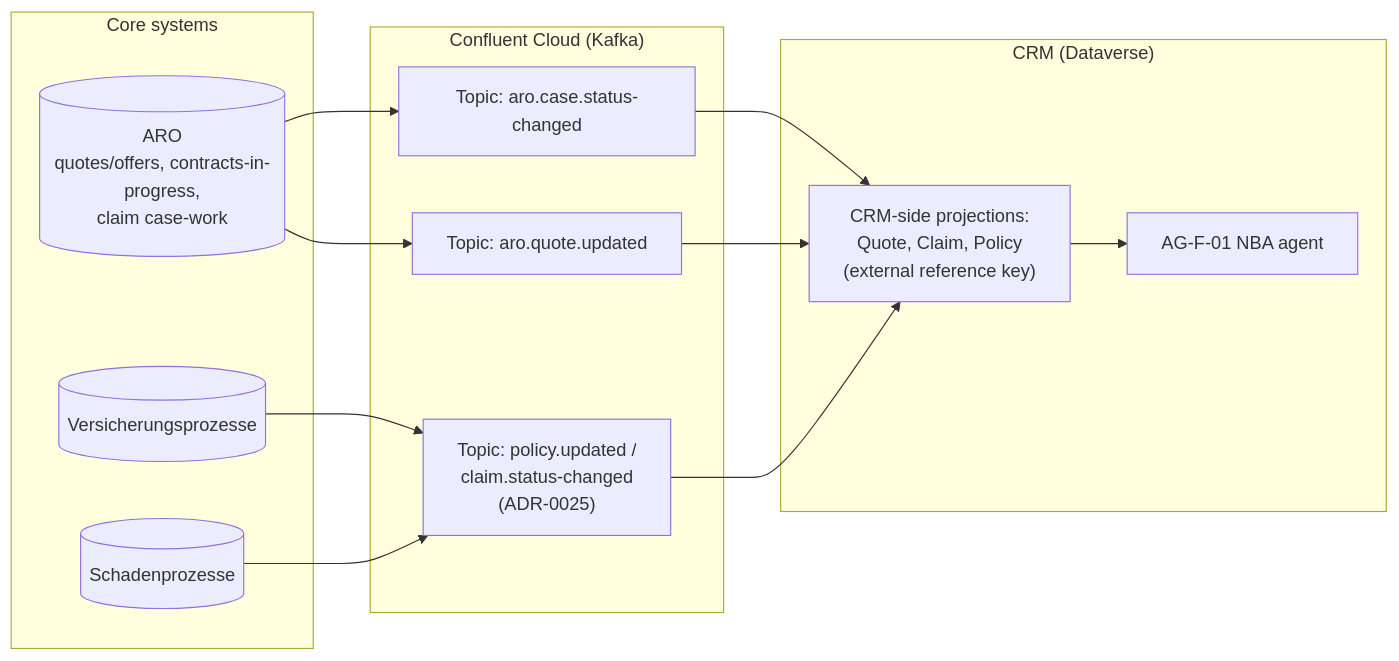
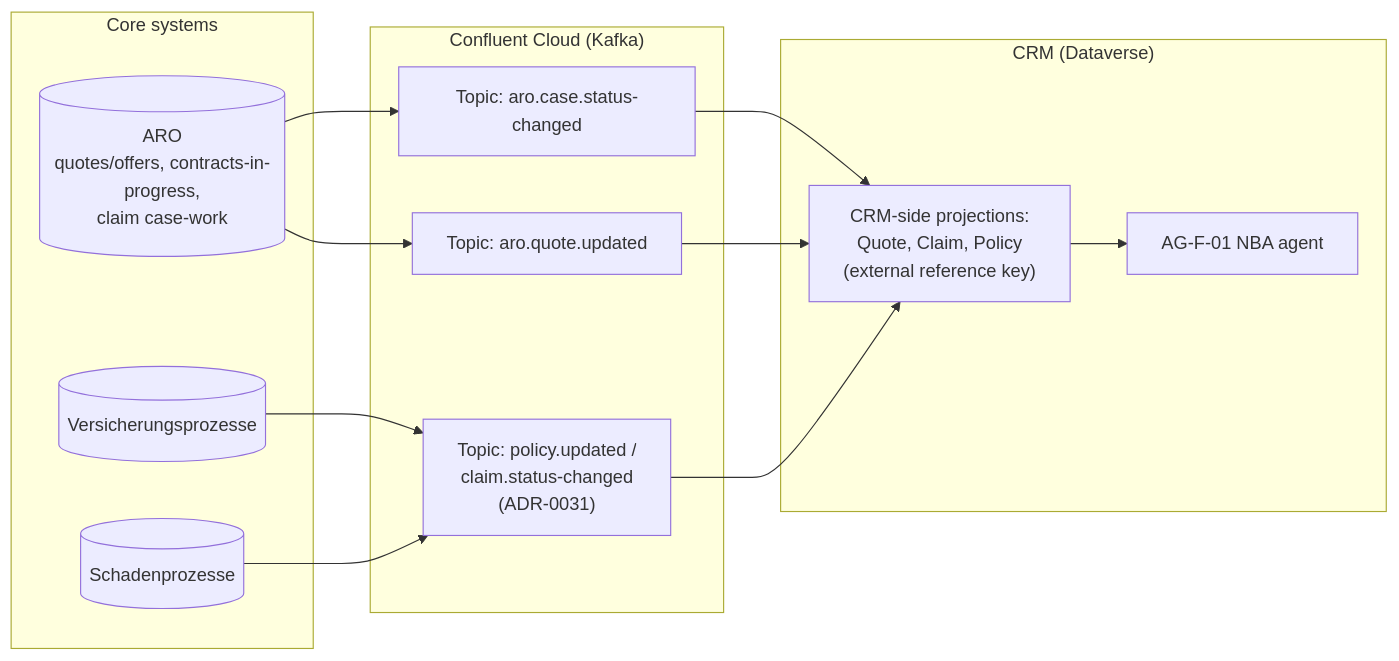
One commit to urruegg/CRMShowcase changed the first of 11 diagrams in docs/adr/ADR-0034-aro-case-task-management-integration-pattern.md. Above: the diagram before and after it, drawn with Mermaid. The commit also changed other lines of this file and 9 other files, not shown here.

````diff
--- a/docs/adr/ADR-0034-aro-case-task-management-integration-pattern.md
+++ b/docs/adr/ADR-0034-aro-case-task-management-integration-pattern.md
@@ -95,24 +95,24 @@
 ```mermaid
 flowchart LR
     subgraph CoreSystems["Core systems"]
         ARO[("ARO\nquotes/offers, contracts-in-progress,\nclaim case-work")]
         VP[("Versicherungsprozesse")]
         SP[("Schadenprozesse")]
     end
     subgraph Kafka["Confluent Cloud (Kafka)"]
         T1["Topic: aro.case.status-changed"]
         T2["Topic: aro.quote.updated"]
-        T3["Topic: policy.updated /\nclaim.status-changed\n(ADR-0025)"]
+        T3["Topic: policy.updated /\nclaim.status-changed\n(ADR-0031)"]
     end
     subgraph CRM["CRM (Dataverse)"]
         PROJ["CRM-side projections:\nQuote, Claim, Policy\n(external reference key)"]
         NBA["AG-F-01 NBA agent"]
     end
 
     ARO --> T1 --> PROJ
     ARO --> T2 --> PROJ
     VP --> T3
     SP --> T3
     T3 --> PROJ
     PROJ --> NBA
 ```
````
